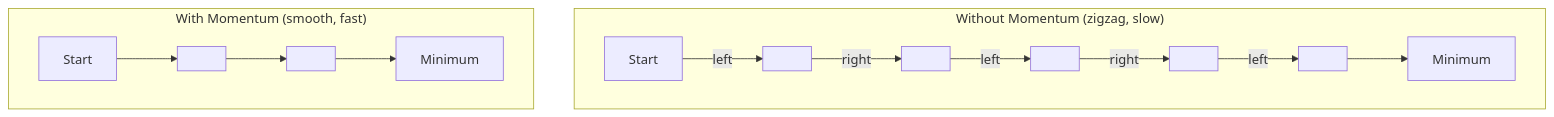
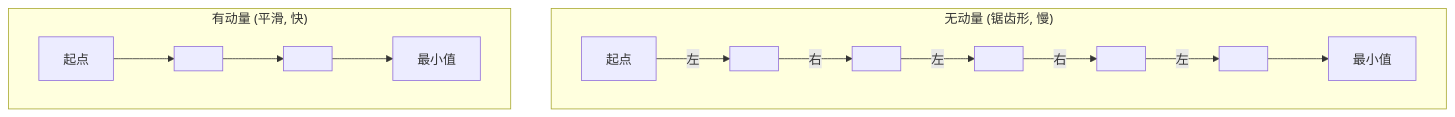
Before and after one commit to alessandrodinisio-ai/ai-engineering-learning-framework: the third of 5 diagrams in phases/01-math-foundations/08-optimization/docs/zh.md, drawn with Mermaid. The commit also changed other lines of this file and 120 other files, not shown here.

First line of the commit message:
i18n(mermaid): 337 个 mermaid 图表标签中文化

````diff
--- a/phases/01-math-foundations/08-optimization/docs/zh.md
+++ b/phases/01-math-foundations/08-optimization/docs/zh.md
@@ -104,14 +104,14 @@
 ```mermaid
 graph TD
-    subgraph Without["Without Momentum (zigzag, slow)"]
-        W1["Start"] -->|left| W2[" "]
-        W2 -->|right| W3[" "]
-        W3 -->|left| W4[" "]
-        W4 -->|right| W5[" "]
-        W5 -->|left| W6[" "]
-        W6 --> W7["Minimum"]
+    subgraph Without["无动量 (锯齿形, 慢)"]
+        W1["起点"] -->|左| W2[" "]
+        W2 -->|右| W3[" "]
+        W3 -->|左| W4[" "]
+        W4 -->|右| W5[" "]
+        W5 -->|左| W6[" "]
+        W6 --> W7["最小值"]
     end
-    subgraph With["With Momentum (smooth, fast)"]
-        M1["Start"] --> M2[" "] --> M3[" "] --> M4["Minimum"]
+    subgraph With["有动量 (平滑, 快)"]
+        M1["起点"] --> M2[" "] --> M3[" "] --> M4["最小值"]
     end
 ```
````
